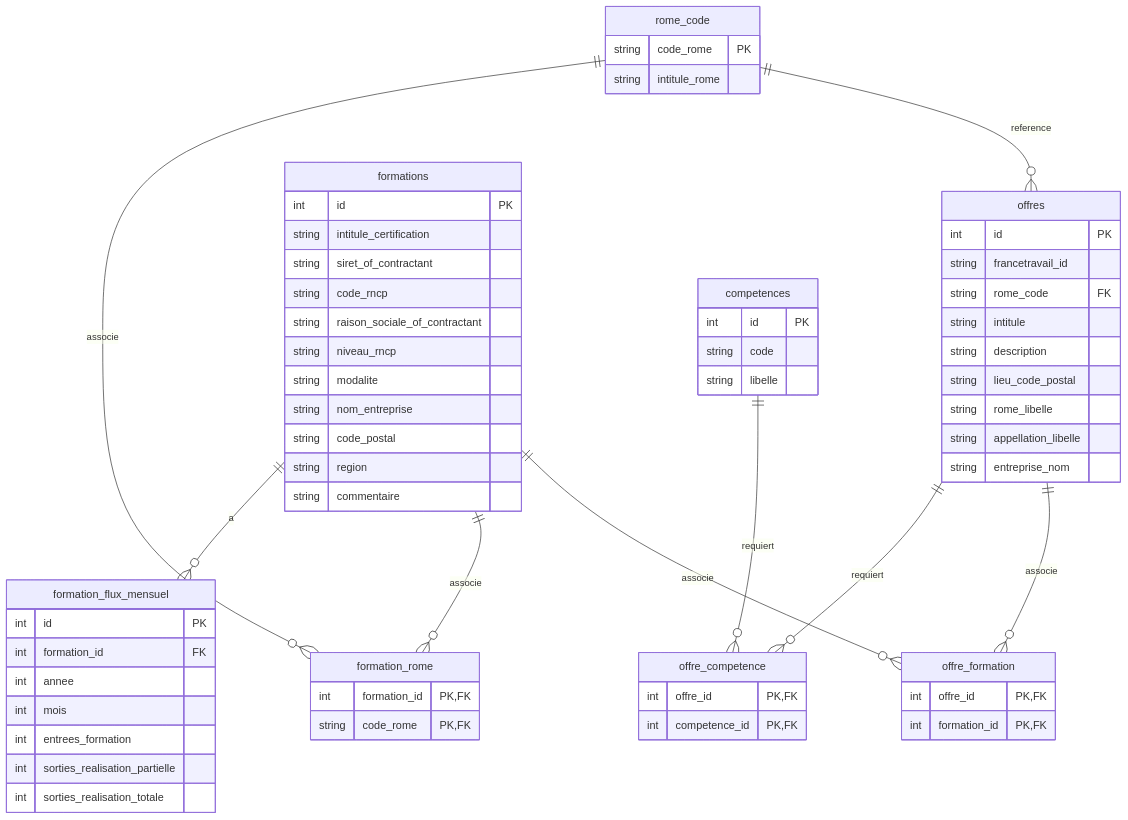
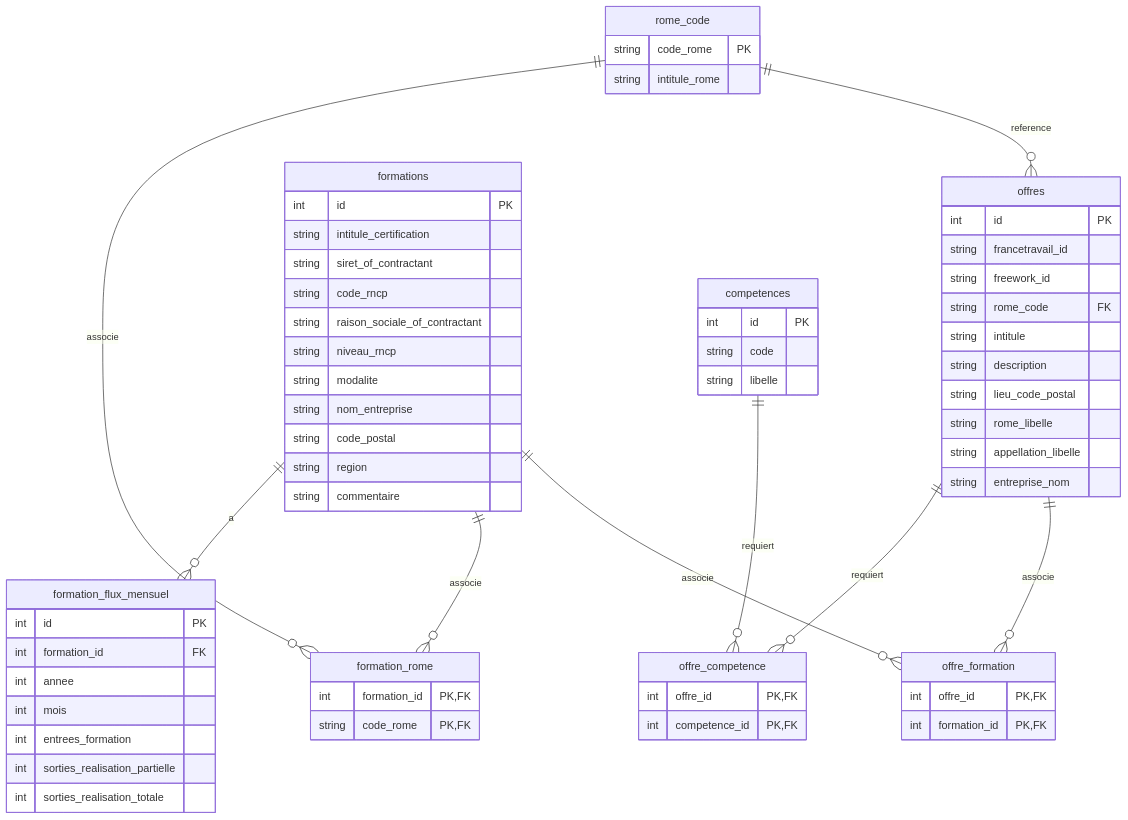
Before and after one commit to cmoileboss/observia-emploi: the fourth of 4 diagrams in README.md, drawn with Mermaid. The commit also changed other lines of this file, not shown here.

Commit message:
docs: document current Free-Work pipeline and roadmap

````diff
--- a/README.md
+++ b/README.md
@@ -307,73 +589,74 @@
 ```mermaid
 erDiagram
     offres ||--o{ offre_formation : associe
     formations ||--o{ offre_formation : associe
     offres ||--o{ offre_competence : requiert
     competences ||--o{ offre_competence : requiert
     rome_code ||--o{ offres : reference
     rome_code ||--o{ formation_rome : associe
     formations ||--o{ formation_rome : associe
     formations ||--o{ formation_flux_mensuel : a
 
     offres {
         int id PK
         string francetravail_id
+        string freework_id
         string rome_code FK
         string intitule
         string description
         string lieu_code_postal
         string rome_libelle
         string appellation_libelle
         string entreprise_nom
     }
 
     rome_code {
         string code_rome PK
         string intitule_rome
     }
 
     formations {
         int id PK
         string intitule_certification
         string siret_of_contractant
         string code_rncp
         string raison_sociale_of_contractant
         string niveau_rncp
         string modalite
         string nom_entreprise
         string code_postal
         string region
         string commentaire
     }
 
     competences {
         int id PK
         string code
         string libelle
     }
 
     offre_formation {
         int offre_id PK, FK
         int formation_id PK, FK
     }
 
     offre_competence {
         int offre_id PK, FK
         int competence_id PK, FK
     }
 
     formation_rome {
         int formation_id PK, FK
         string code_rome PK, FK
     }
 
     formation_flux_mensuel {
         int id PK
         int formation_id FK
         int annee
         int mois
         int entrees_formation
         int sorties_realisation_partielle
         int sorties_realisation_totale
     }
 ```
````
